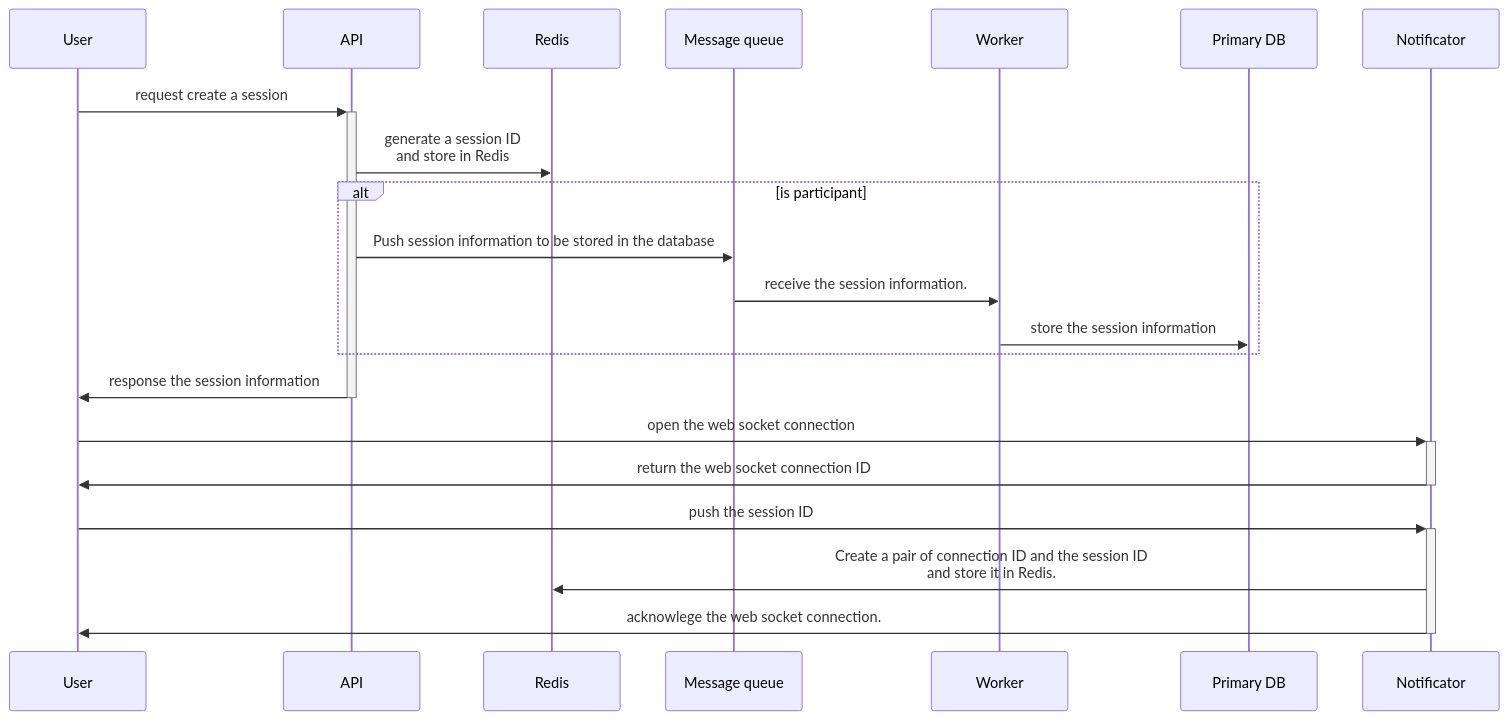
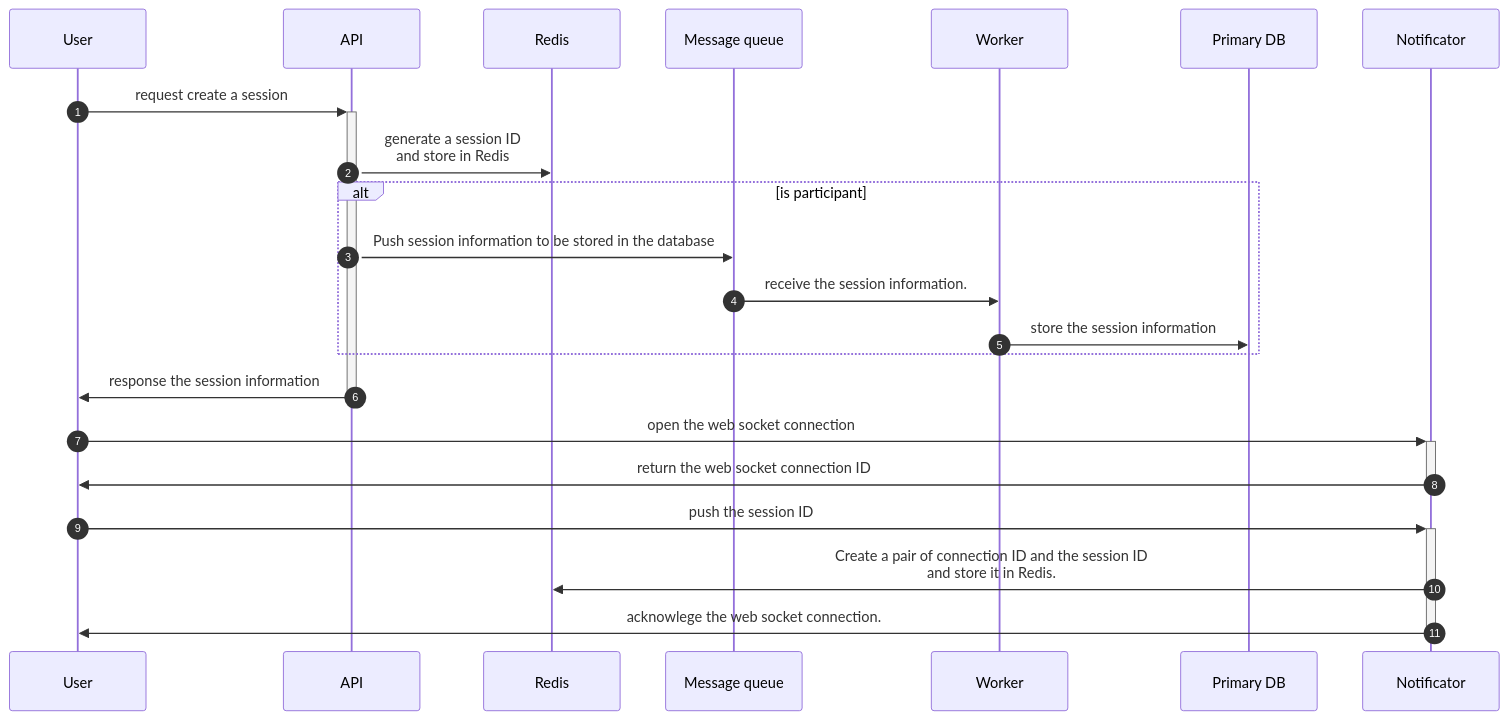
Before and after one commit to khanha2/elsa-coding-challenge-proposal: the first of 2 diagrams in docs/README.md, drawn with Mermaid. The commit also changed other lines of this file, not shown here.

Commit message:
update data flows

````diff
--- a/docs/README.md
+++ b/docs/README.md
@@ -110,16 +110,17 @@
 ```mermaid
 sequenceDiagram
+    autonumber
     User->>+API: request create a session
     API->>Redis: generate a session ID<br/>and store in Redis
     alt is participant
     API->>Message queue: Push session information to be stored in the database
     Message queue->>Worker: receive the session information.
     Worker->>Primary DB: store the session information
     end
     API->>-User: response the session information
     User->>+Notificator: open the web socket connection
     Notificator->>-User: return the web socket connection ID
     User->>+Notificator: push the session ID
     Notificator->>Redis: Create a pair of connection ID and the session ID<br/> and store it in Redis.
     Notificator->>-User: acknowlege the web socket connection.
 ```
````
